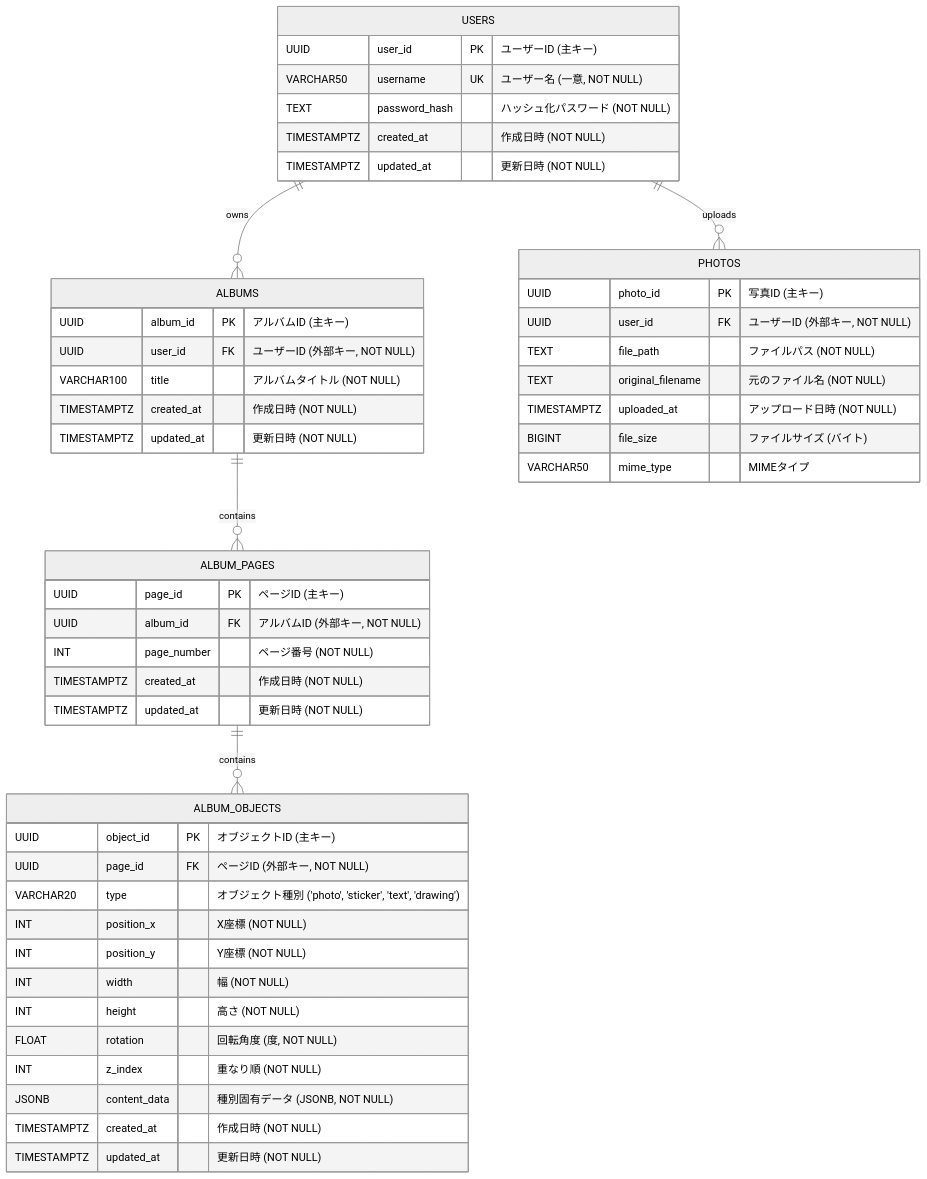
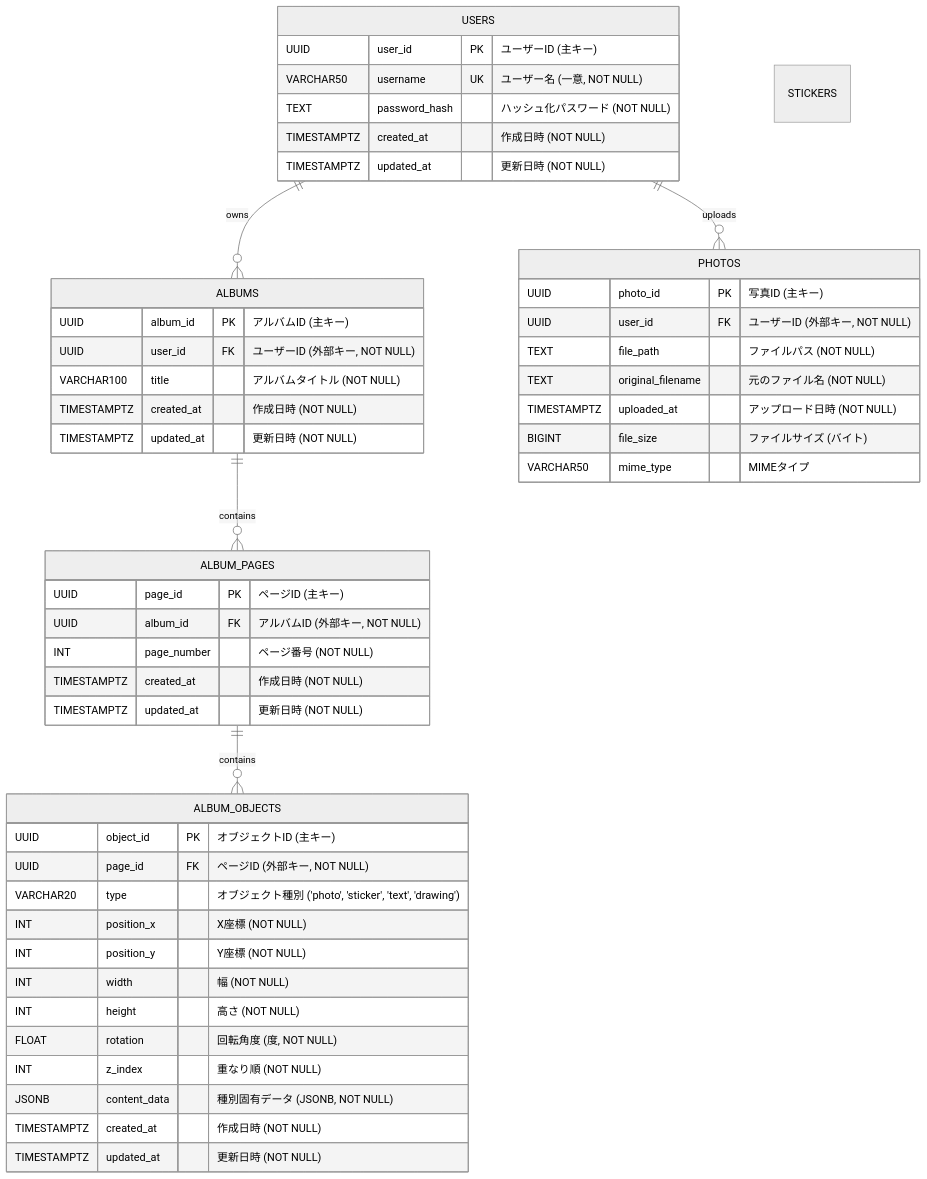
Before and after one commit to u-keiya/album_maker: the diagram in definitions/architect/database_schema.md, drawn with Mermaid (neutral theme). The commit also changed other lines of this file and 3 other files, not shown here.

Commit message:
update roadmap and add sticker api

````diff
--- a/definitions/architect/database_schema.md
+++ b/definitions/architect/database_schema.md
@@ -7,57 +7,58 @@
 ```mermaid
 erDiagram
     USERS ||--o{ ALBUMS  : owns
     USERS ||--o{ PHOTOS  : uploads
     ALBUMS ||--o{ ALBUM_PAGES  : contains
     ALBUM_PAGES ||--o{ ALBUM_OBJECTS : contains
+    STICKERS
 
     USERS {
         UUID        user_id       PK  "ユーザーID (主キー)"
         VARCHAR50   username      UK  "ユーザー名 (一意, NOT NULL)"
         TEXT        password_hash     "ハッシュ化パスワード (NOT NULL)"
         TIMESTAMPTZ created_at        "作成日時 (NOT NULL)"
         TIMESTAMPTZ updated_at        "更新日時 (NOT NULL)"
     }
 
     ALBUMS {
         UUID        album_id  PK        "アルバムID (主キー)"
         UUID        user_id   FK        "ユーザーID (外部キー, NOT NULL)"
         VARCHAR100  title               "アルバムタイトル (NOT NULL)"
         TIMESTAMPTZ created_at          "作成日時 (NOT NULL)"
         TIMESTAMPTZ updated_at          "更新日時 (NOT NULL)"
     }
 
     PHOTOS {
         UUID        photo_id        PK  "写真ID (主キー)"
         UUID        user_id         FK  "ユーザーID (外部キー, NOT NULL)"
         TEXT        file_path           "ファイルパス (NOT NULL)"
         TEXT        original_filename   "元のファイル名 (NOT NULL)"
         TIMESTAMPTZ uploaded_at         "アップロード日時 (NOT NULL)"
         BIGINT      file_size           "ファイルサイズ (バイト)"
         VARCHAR50   mime_type           "MIMEタイプ"
     }
 
     ALBUM_PAGES {
         UUID        page_id   PK        "ページID (主キー)"
         UUID        album_id  FK        "アルバムID (外部キー, NOT NULL)"
         INT         page_number         "ページ番号 (NOT NULL)"
         TIMESTAMPTZ created_at          "作成日時 (NOT NULL)"
         TIMESTAMPTZ updated_at          "更新日時 (NOT NULL)"
     }
 
     ALBUM_OBJECTS {
         UUID        object_id     PK    "オブジェクトID (主キー)"
         UUID        page_id       FK    "ページID (外部キー, NOT NULL)"
         VARCHAR20   type                "オブジェクト種別 ('photo', 'sticker', 'text', 'drawing')"
         INT         position_x          "X座標 (NOT NULL)"
         INT         position_y          "Y座標 (NOT NULL)"
         INT         width               "幅 (NOT NULL)"
         INT         height              "高さ (NOT NULL)"
         FLOAT       rotation            "回転角度 (度, NOT NULL)"
         INT         z_index             "重なり順 (NOT NULL)"
         JSONB       content_data        "種別固有データ (JSONB, NOT NULL)"
         TIMESTAMPTZ created_at          "作成日時 (NOT NULL)"
         TIMESTAMPTZ updated_at          "更新日時 (NOT NULL)"
     }
 
 ```
````
